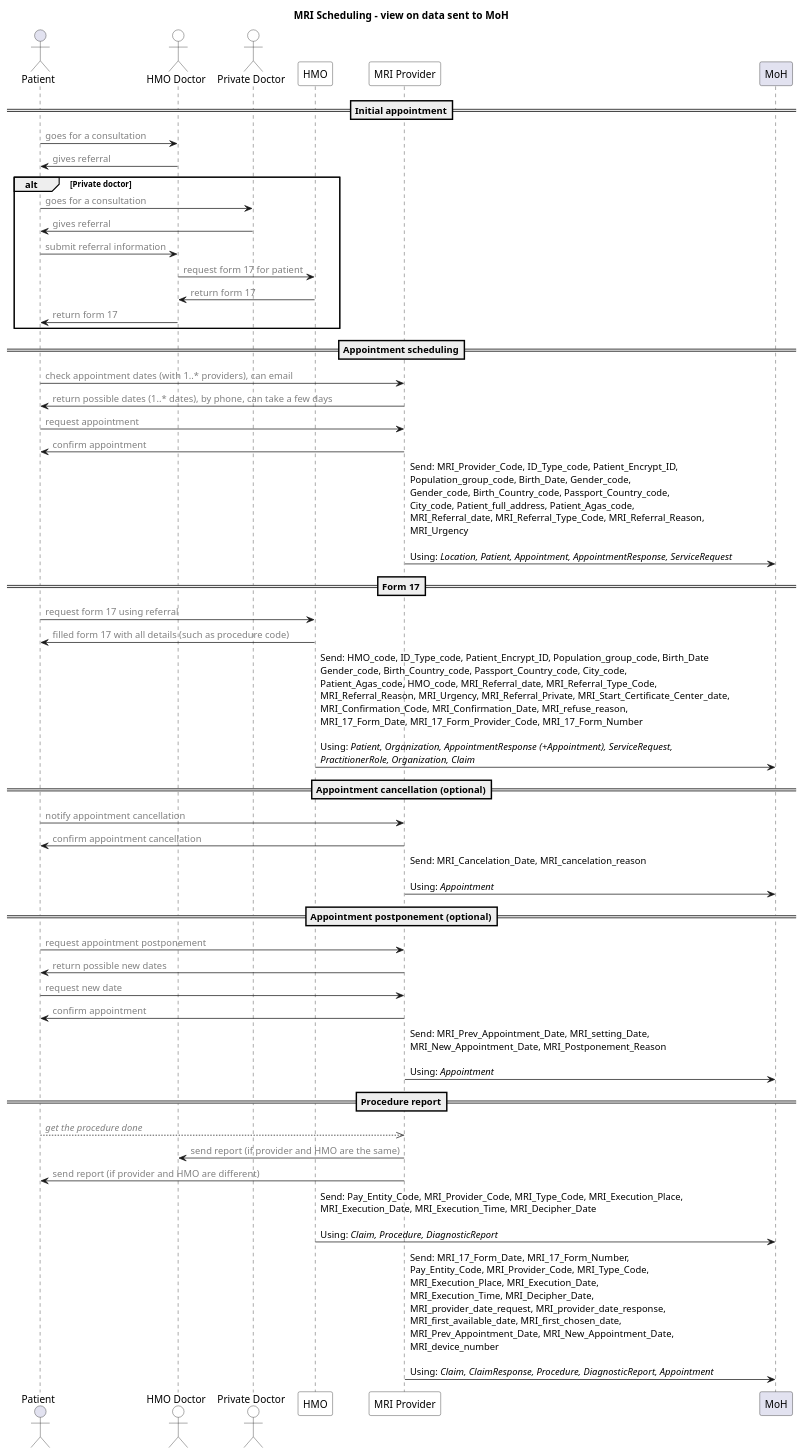
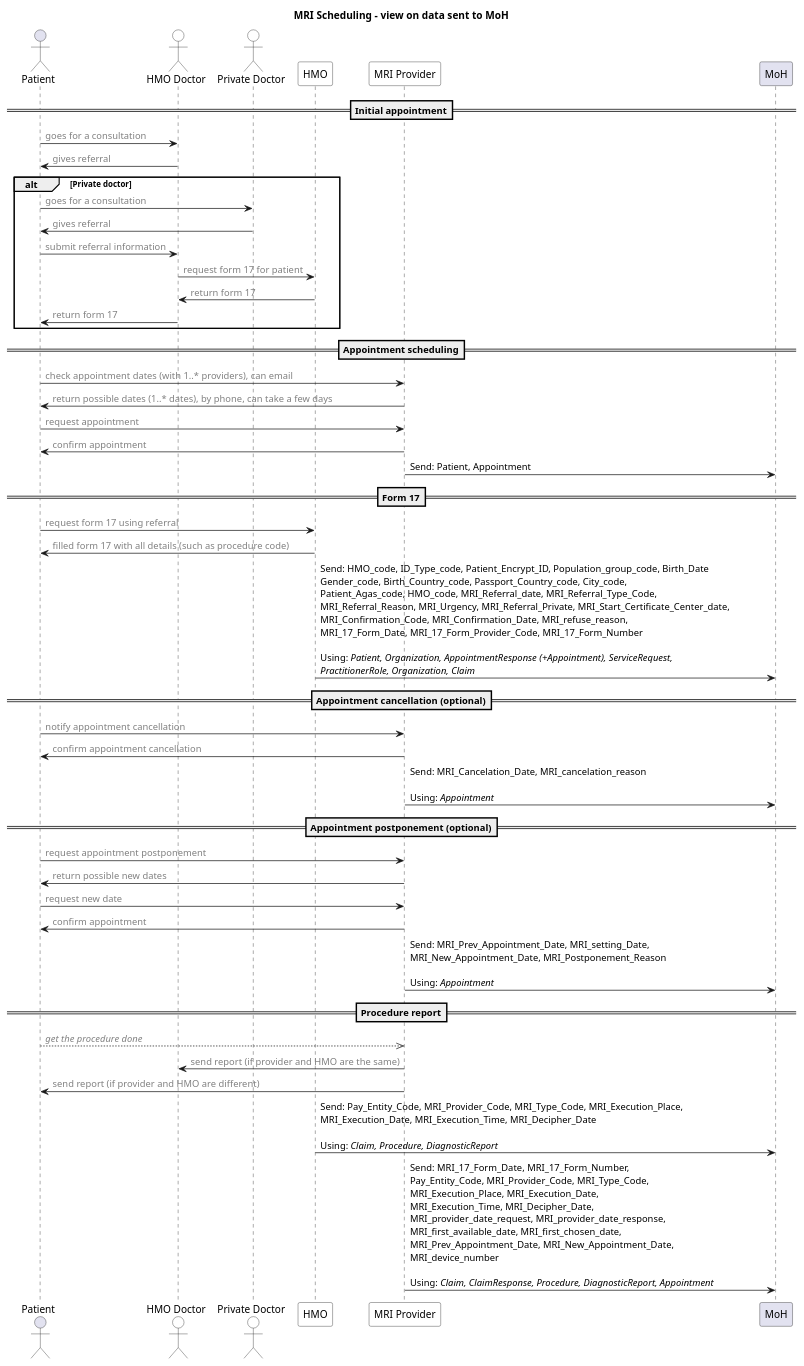
Before and after one commit to vadi2/MRI-Scheduling: the diagram in input/images-source/workflow-with-moh.plantuml, drawn with PlantUML.

Commit message:
Experiment: remove gertner variables from one step in diagram

```diff
--- a/input/images-source/workflow-with-moh.plantuml
+++ b/input/images-source/workflow-with-moh.plantuml
@@ -1,65 +1,65 @@
 @startuml
 'editable with https://planttext.com
 'see documentation at https://plantuml.com/sequence-diagram
 
 title "MRI Scheduling - view on data sent to MoH"
 
 actor Patient
 actor "HMO Doctor" #white
 actor "Private Doctor" #white
 participant HMO #white 
 participant "MRI Provider" #white
 participant MoH
 
 == Initial appointment==
 Patient -> "HMO Doctor": <color #grey>goes for a consultation
 "HMO Doctor" -> Patient: <color #grey>gives referral
 
 alt Private doctor 
     Patient -> "Private Doctor": <color #grey>goes for a consultation
     "Private Doctor" -> Patient: <color #grey>gives referral
 
     Patient -> "HMO Doctor": <color #grey>submit referral information
     "HMO Doctor" -> HMO: <color #grey>request form 17 for patient
     HMO -> "HMO Doctor": <color #grey>return form 17
     "HMO Doctor" -> Patient: <color #grey>return form 17
 end
 
 == Appointment scheduling==
 Patient -> "MRI Provider": <color #grey>check appointment dates (with 1..* providers), can email
 "MRI Provider" -> Patient: <color #grey>return possible dates (1..* dates), by phone, can take a few days
 Patient -> "MRI Provider": <color #grey>request appointment
 "MRI Provider" -> Patient: <color #grey>confirm appointment
 
-"MRI Provider" -> MoH: Send: MRI_Provider_Code, ID_Type_code, Patient_Encrypt_ID, \nPopulation_group_code, Birth_Date, Gender_code, \nGender_code, Birth_Country_code, Passport_Country_code, \nCity_code, Patient_full_address, Patient_Agas_code, \nMRI_Referral_date, MRI_Referral_Type_Code, MRI_Referral_Reason, \nMRI_Urgency\n\nUsing: //Location, Patient, Appointment, AppointmentResponse, ServiceRequest//
+"MRI Provider" -> MoH: Send: Patient, Appointment
 
 == Form 17==
 Patient -> HMO: <color #grey>request form 17 using referral
 HMO -> Patient: <color #grey>filled form 17 with all details (such as procedure code)
 
 HMO -> MoH: Send: HMO_code, ID_Type_code, Patient_Encrypt_ID, Population_group_code, Birth_Date \nGender_code, Birth_Country_code, Passport_Country_code, City_code, \nPatient_Agas_code, HMO_code, MRI_Referral_date, MRI_Referral_Type_Code, \nMRI_Referral_Reason, MRI_Urgency, MRI_Referral_Private, MRI_Start_Certificate_Center_date,  \nMRI_Confirmation_Code, MRI_Confirmation_Date, MRI_refuse_reason, \nMRI_17_Form_Date, MRI_17_Form_Provider_Code, MRI_17_Form_Number \n\nUsing: //Patient, Organization, AppointmentResponse (+Appointment), ServiceRequest,//\n//PractitionerRole, Organization, Claim //
 
 == Appointment cancellation (optional)==
 Patient -> "MRI Provider": <color #grey>notify appointment cancellation
 "MRI Provider" -> Patient: <color #grey>confirm appointment cancellation
 
 "MRI Provider" -> MoH: Send: MRI_Cancelation_Date, MRI_cancelation_reason \n\nUsing: //Appointment//
 
 == Appointment postponement (optional)==
 Patient -> "MRI Provider": <color #grey>request appointment postponement
 "MRI Provider" -> Patient: <color #grey>return possible new dates
 Patient -> "MRI Provider": <color #grey>request new date
 "MRI Provider" -> Patient: <color #grey>confirm appointment
 
 "MRI Provider" -> MoH: Send: MRI_Prev_Appointment_Date, MRI_setting_Date, \nMRI_New_Appointment_Date, MRI_Postponement_Reason \n\nUsing: //Appointment//
 
 == Procedure report==
 Patient -->> "MRI Provider": <color #grey>//get the procedure done//
 "MRI Provider" -> "HMO Doctor": <color #grey>send report (if provider and HMO are the same)
 "MRI Provider" -> Patient: <color #grey>send report (if provider and HMO are different)
 
 HMO -> MoH: Send: Pay_Entity_Code, MRI_Provider_Code, MRI_Type_Code, MRI_Execution_Place, \nMRI_Execution_Date, MRI_Execution_Time, MRI_Decipher_Date \n\nUsing: //Claim, Procedure, DiagnosticReport//
 
 "MRI Provider" -> MoH: Send: MRI_17_Form_Date, MRI_17_Form_Number, \nPay_Entity_Code, MRI_Provider_Code, MRI_Type_Code, \nMRI_Execution_Place, MRI_Execution_Date, \nMRI_Execution_Time, MRI_Decipher_Date, \nMRI_provider_date_request, MRI_provider_date_response, \nMRI_first_available_date, MRI_first_chosen_date, \nMRI_Prev_Appointment_Date, MRI_New_Appointment_Date, \nMRI_device_number  \n\nUsing: //Claim, ClaimResponse, Procedure, DiagnosticReport, Appointment//
 
 @enduml
```
